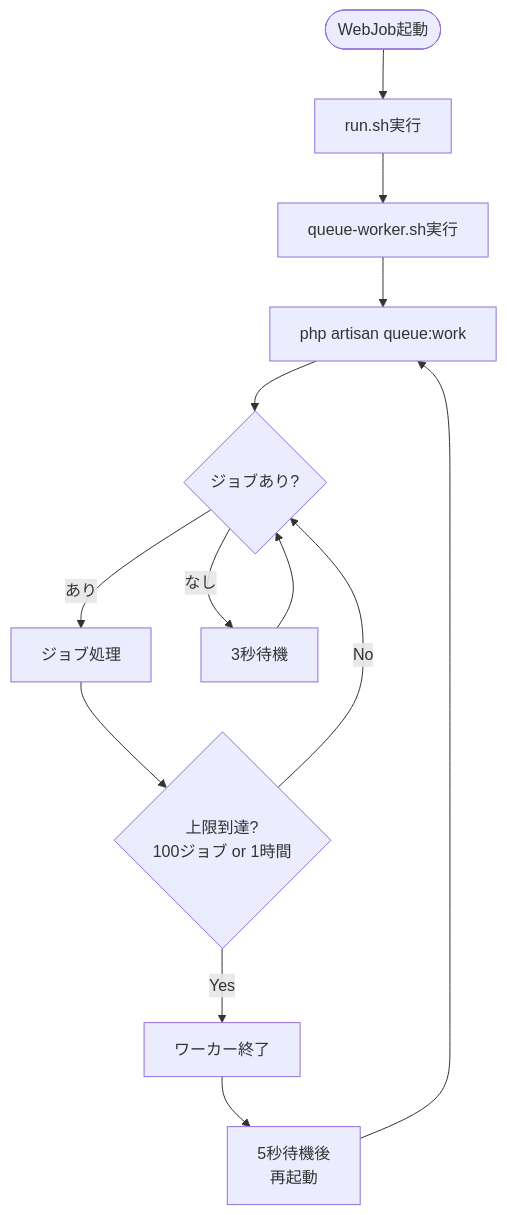
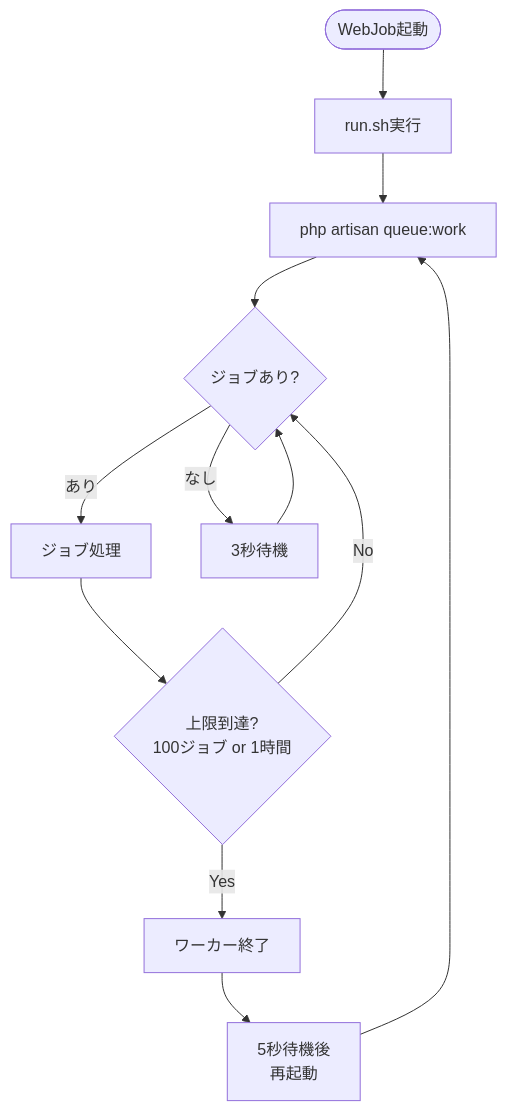
One commit to kou-tech/zenn changed the fourth of 4 diagrams in articles/9af115af5b8b74.md. Above: the diagram before and after it, drawn with Mermaid. The commit also changed other lines of this file, not shown here.

````diff
--- a/articles/9af115af5b8b74.md
+++ b/articles/9af115af5b8b74.md
@@ -317,15 +269,14 @@
 ```mermaid
 flowchart TD
     Start([WebJob起動]) --> RunSh[run.sh実行]
-    RunSh --> WorkerSh[queue-worker.sh実行]
-    WorkerSh --> QueueWork[php artisan queue:work]
+    RunSh --> QueueWork[php artisan queue:work]
     QueueWork --> CheckJob{ジョブあり?}
     CheckJob -->|あり| Process[ジョブ処理]
     Process --> CheckLimit{上限到達?<br>100ジョブ or 1時間}
     CheckLimit -->|No| CheckJob
     CheckLimit -->|Yes| Exit[ワーカー終了]
     CheckJob -->|なし| Sleep[3秒待機]
     Sleep --> CheckJob
     Exit --> Restart[5秒待機後<br>再起動]
     Restart --> QueueWork
 ```
````
